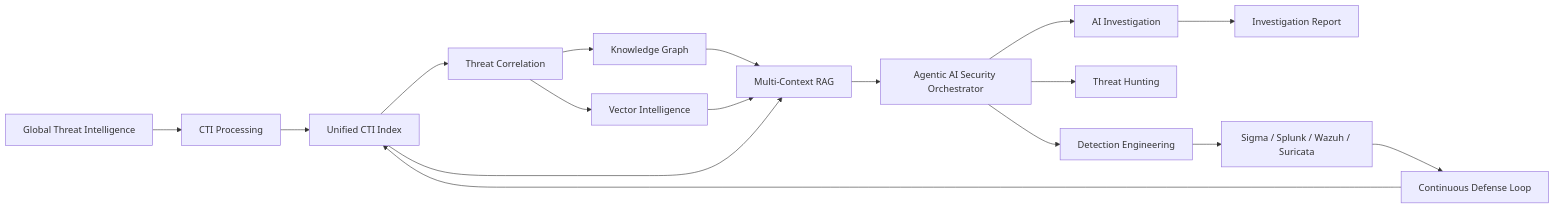
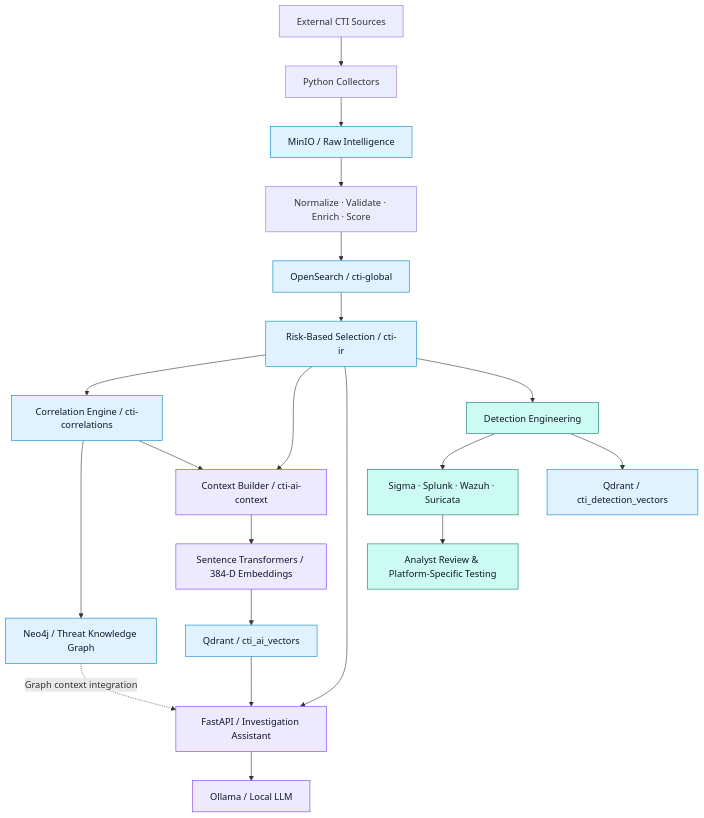
The first of 3 diagrams in README.md (aminemaouhoub1312/ShadowScope-AM), drawn with Mermaid before and after one commit. The commit also changed other lines of this file, not shown here.

````diff
--- a/README.md
+++ b/README.md
@@ -105,26 +66,28 @@
 ```mermaid
-flowchart LR
-
-    A[" Global Threat Intelligence"] --> B[" CTI Processing"]
-    B --> C[" Unified CTI Index"]
-    C --> D[" Threat Correlation"]
-
-    D --> E[" Knowledge Graph"]
-    D --> F[" Vector Intelligence"]
-
-    E --> G[" Multi-Context RAG"]
-    F --> G
-    C --> G
-
-    G --> H[" Agentic AI Security Orchestrator"]
-
-    H --> I[" AI Investigation"]
-    H --> J[" Threat Hunting"]
-    H --> K[" Detection Engineering"]
-
-    I --> L[" Investigation Report"]
-    K --> M["Sigma / Splunk / Wazuh / Suricata"]
-
-    M --> N[" Continuous Defense Loop"]
-    N --> C
+flowchart TB
+    S["External CTI Sources"] --> A["Python Collectors"]
+    A --> M["MinIO / Raw Intelligence"]
+    M --> P["Normalize · Validate · Enrich · Score"]
+    P --> OS["OpenSearch / cti-global"]
+    OS --> IR["Risk-Based Selection / cti-ir"]
+    IR --> COR["Correlation Engine / cti-correlations"]
+    COR --> NEO["Neo4j / Threat Knowledge Graph"]
+    IR --> CTX["Context Builder / cti-ai-context"]
+    COR --> CTX
+    CTX --> EMB["Sentence Transformers / 384-D Embeddings"]
+    EMB --> QD["Qdrant / cti_ai_vectors"]
+    IR --> API["FastAPI / Investigation Assistant"]
+    NEO -. "Graph context integration" .-> API
+    QD --> API
+    API --> LLM["Ollama / Local LLM"]
+    IR --> DET["Detection Engineering"]
+    DET --> OUT["Sigma · Splunk · Wazuh · Suricata"]
+    DET --> DV["Qdrant / cti_detection_vectors"]
+    OUT --> H["Analyst Review & Platform-Specific Testing"]
+    classDef storage fill:#E0F2FE,stroke:#0284C7,color:#0F172A;
+    classDef analysis fill:#EDE9FE,stroke:#7C3AED,color:#0F172A;
+    classDef action fill:#CCFBF1,stroke:#0F766E,color:#0F172A;
+    class M,OS,IR,COR,NEO,QD,DV storage;
+    class CTX,EMB,API,LLM analysis;
+    class DET,OUT,H action;
 ```
````
